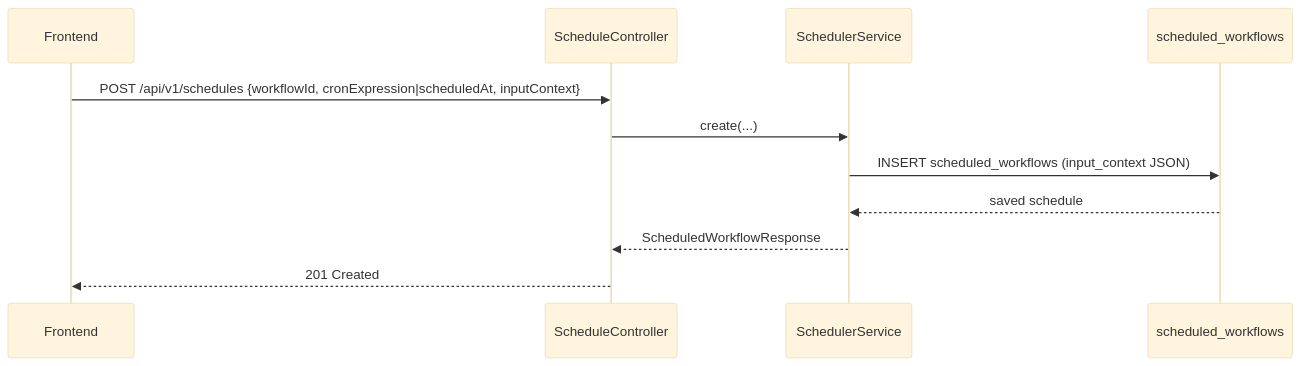
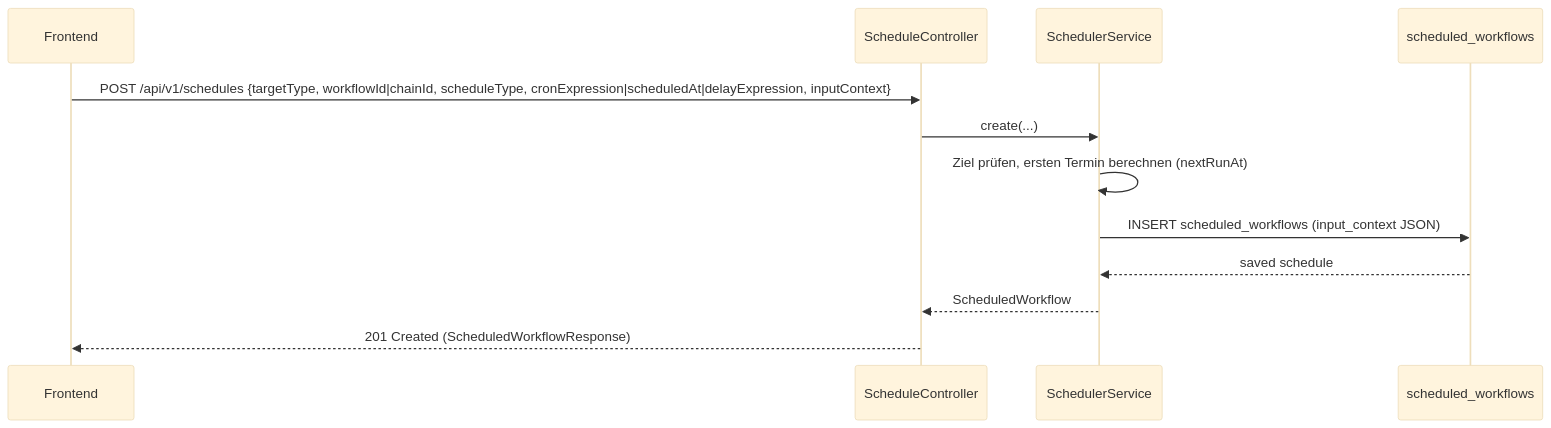
Before and after one commit to FLSEST/MySuricates: the second of 3 diagrams in docs/scheduler-diagrams.md, drawn with Mermaid (base theme). The commit also changed other lines of this file and 5 other files, not shown here.

First line of the commit message:
docs(diagramme): Scheduler page describes SchedulerTick, DELAYED, conflict and catch-up

````diff
--- a/docs/scheduler-diagrams.md
+++ b/docs/scheduler-diagrams.md
@@ -29,14 +34,15 @@
 ```mermaid
 sequenceDiagram
     participant UI as Frontend
     participant CTR as ScheduleController
     participant SVC as SchedulerService
     participant DB as scheduled_workflows
 
-    UI->>CTR: POST /api/v1/schedules {workflowId, cronExpression|scheduledAt, inputContext}
+    UI->>CTR: POST /api/v1/schedules {targetType, workflowId|chainId, scheduleType, cronExpression|scheduledAt|delayExpression, inputContext}
     CTR->>SVC: create(...)
+    SVC->>SVC: Ziel prüfen, ersten Termin berechnen (nextRunAt)
     SVC->>DB: INSERT scheduled_workflows (input_context JSON)
     DB-->>SVC: saved schedule
-    SVC-->>CTR: ScheduledWorkflowResponse
-    CTR-->>UI: 201 Created
+    SVC-->>CTR: ScheduledWorkflow
+    CTR-->>UI: 201 Created (ScheduledWorkflowResponse)
 ```
````
